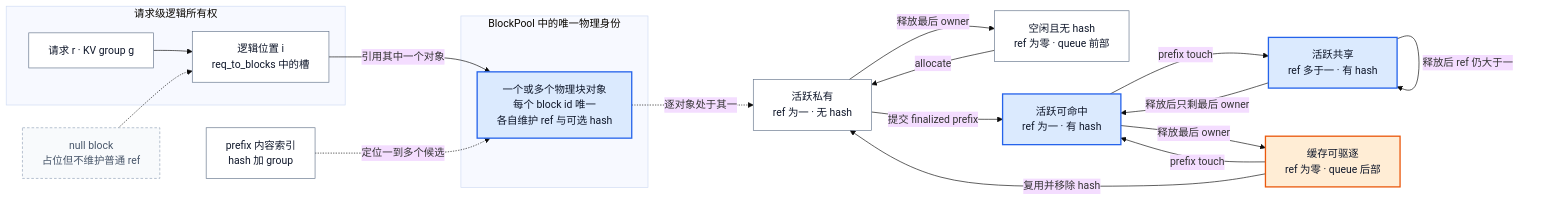
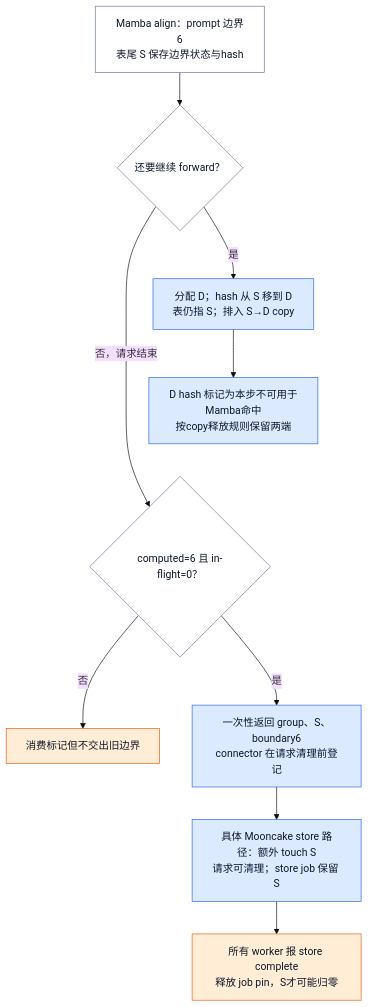
Before and after one commit to suhaibo666/llm-knowledge: the fourth of 6 diagrams in wiki/02_engineering/03_infer_frameworks/vllm/12_vllm_kv_cache_management_analysis.md, drawn with Mermaid (base theme). The commit also changed other lines of this file and 49 other files, not shown here.

````diff
--- a/wiki/02_engineering/03_infer_frameworks/vllm/12_vllm_kv_cache_management_analysis.md
+++ b/wiki/02_engineering/03_infer_frameworks/vllm/12_vllm_kv_cache_management_analysis.md
@@ -44,39 +157,18 @@
 ```mermaid
-flowchart LR
-    subgraph Logical["请求级逻辑所有权"]
-        R["请求 r · KV group g"] --> S["逻辑位置 i<br/>req_to_blocks 中的槽"]
-    end
-    subgraph Physical["BlockPool 中的唯一物理身份"]
-        B["一个或多个物理块对象<br/>每个 block id 唯一<br/>各自维护 ref 与可选 hash"]
-    end
-    S -->|引用其中一个对象| B
-    H["prefix 内容索引<br/>hash 加 group"] -.->|定位一到多个候选| B
-
-    U["空闲且无 hash<br/>ref 为零 · queue 前部"]
-    A["活跃私有<br/>ref 为一 · 无 hash"]
-    C["活跃可命中<br/>ref 为一 · 有 hash"]
-    SH["活跃共享<br/>ref 多于一 · 有 hash"]
-    E["缓存可驱逐<br/>ref 为零 · queue 后部"]
-
-    B -.->|逐对象处于其一| A
-    U -->|allocate| A
-    A -->|提交 finalized prefix| C
-    C -->|prefix touch| SH
-    SH -->|释放后 ref 仍大于一| SH
-    SH -->|释放后只剩最后 owner| C
-    C -->|释放最后 owner| E
-    E -->|prefix touch| C
-    E -->|复用并移除 hash| A
-    A -->|释放最后 owner| U
-
-    N["null block<br/>占位但不维护普通 ref"] -.-> S
-
-    classDef neutral fill:#ffffff,stroke:#64748b,color:#0f172a
-    classDef acc1 fill:#dbeafe,stroke:#2563eb,color:#0f172a,stroke-width:2px
-    classDef acc2 fill:#ffedd5,stroke:#ea580c,color:#0f172a,stroke-width:2px
-    classDef ghost fill:#f8fafc,stroke:#94a3b8,color:#475569,stroke-dasharray:4 3
-    class R,S,B,H,U,A,C,SH,E neutral
-    class B,C,SH acc1
-    class E acc2
-    class N ghost
+flowchart TB
+    A["Mamba align：prompt 边界6<br/>表尾 S 保存边界状态与hash"] --> B{"还要继续 forward？"}
+    B -->|是| C["分配 D；hash 从 S 移到 D<br/>表仍指 S；排入 S→D copy"]
+    C --> D["D hash 标记为本步不可用于Mamba命中<br/>按copy释放规则保留两端"]
+    B -->|否，请求结束| E{"computed=6 且 in-flight=0？"}
+    E -->|否| F["消费标记但不交出旧边界"]
+    E -->|是| G["一次性返回 group、S、boundary6<br/>connector 在请求清理前登记"]
+    G --> H["具体 Mooncake store 路径：额外 touch S<br/>请求可清理；store job 保留 S"]
+    H --> I["所有 worker 报 store complete<br/>释放 job pin，S才可能归零"]
+    D ~~~ E
+    classDef normal fill:#fff,stroke:#64748b,color:#0f172a
+    classDef blue fill:#dbeafe,stroke:#2563eb,color:#0f172a
+    classDef orange fill:#ffedd5,stroke:#ea580c,color:#0f172a
+    class A,B,E normal
+    class C,D,G,H blue
+    class F,I orange
 ```
````
